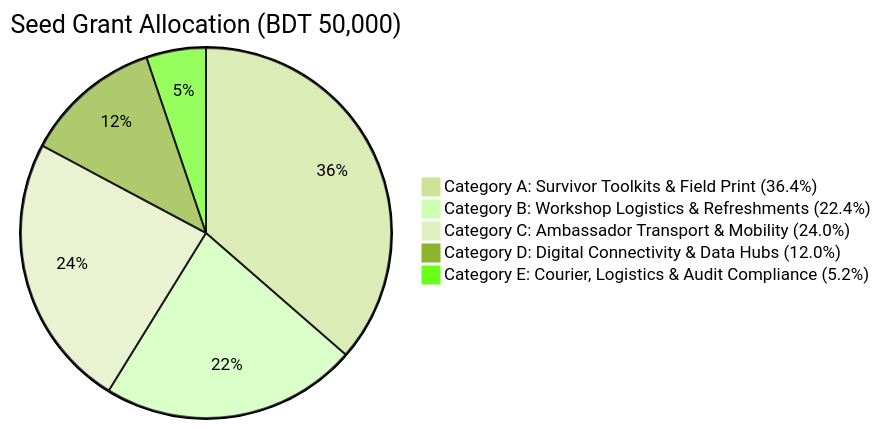
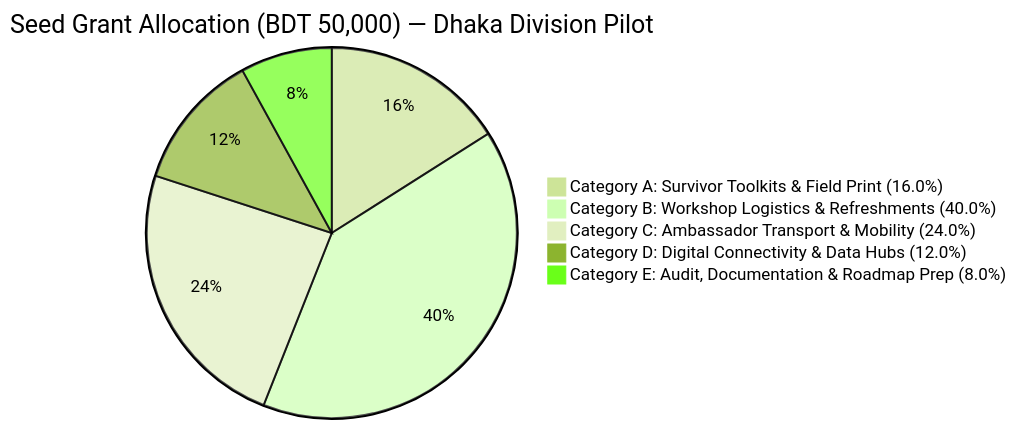
One commit to the-abraar/Protiti changed the diagram in pitch_materials/budget_50k.md. Above: the diagram before and after it, drawn with Mermaid (forest theme). The commit also changed other lines of this file and 8 other files, not shown here.

````diff
--- a/pitch_materials/budget_50k.md
+++ b/pitch_materials/budget_50k.md
@@ -22,8 +26,8 @@
 ```mermaid
-pie title Seed Grant Allocation (BDT 50,000)
-    "Category A: Survivor Toolkits & Field Print (36.4%)" : 18200
-    "Category B: Workshop Logistics & Refreshments (22.4%)" : 11200
+pie title Seed Grant Allocation (BDT 50,000) — Dhaka Division Pilot
+    "Category A: Survivor Toolkits & Field Print (16.0%)" : 8000
+    "Category B: Workshop Logistics & Refreshments (40.0%)" : 20000
     "Category C: Ambassador Transport & Mobility (24.0%)" : 12000
     "Category D: Digital Connectivity & Data Hubs (12.0%)" : 6000
-    "Category E: Courier, Logistics & Audit Compliance (5.2%)" : 2600
+    "Category E: Audit, Documentation & Roadmap Prep (8.0%)" : 4000
 ```
````
